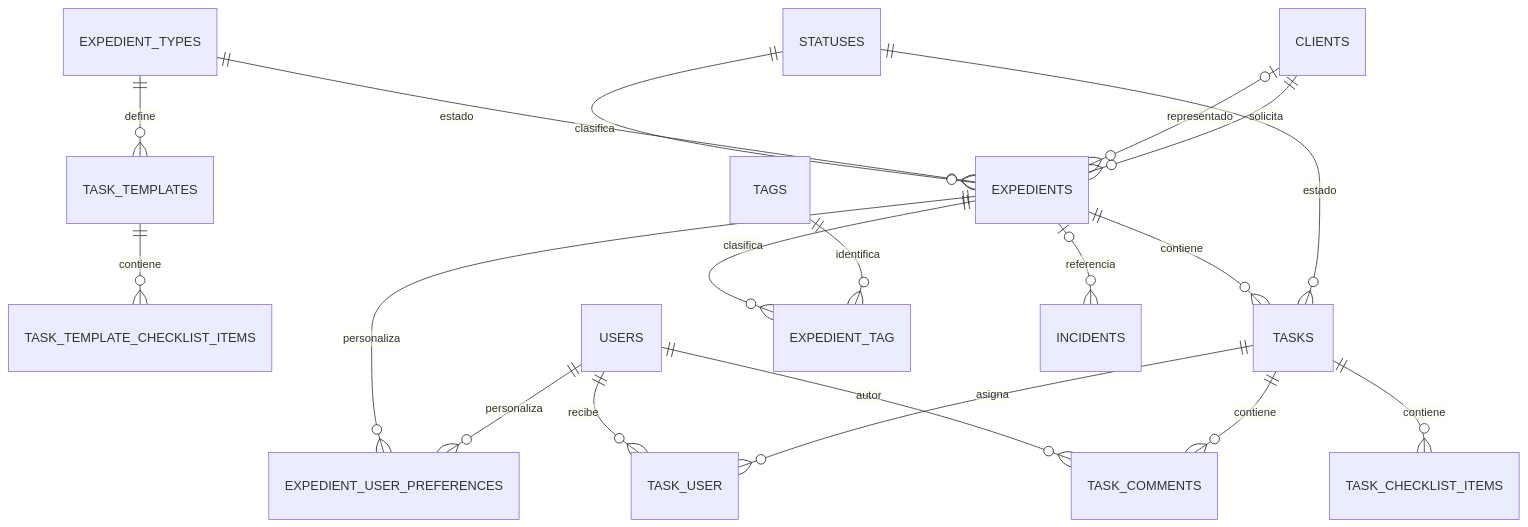
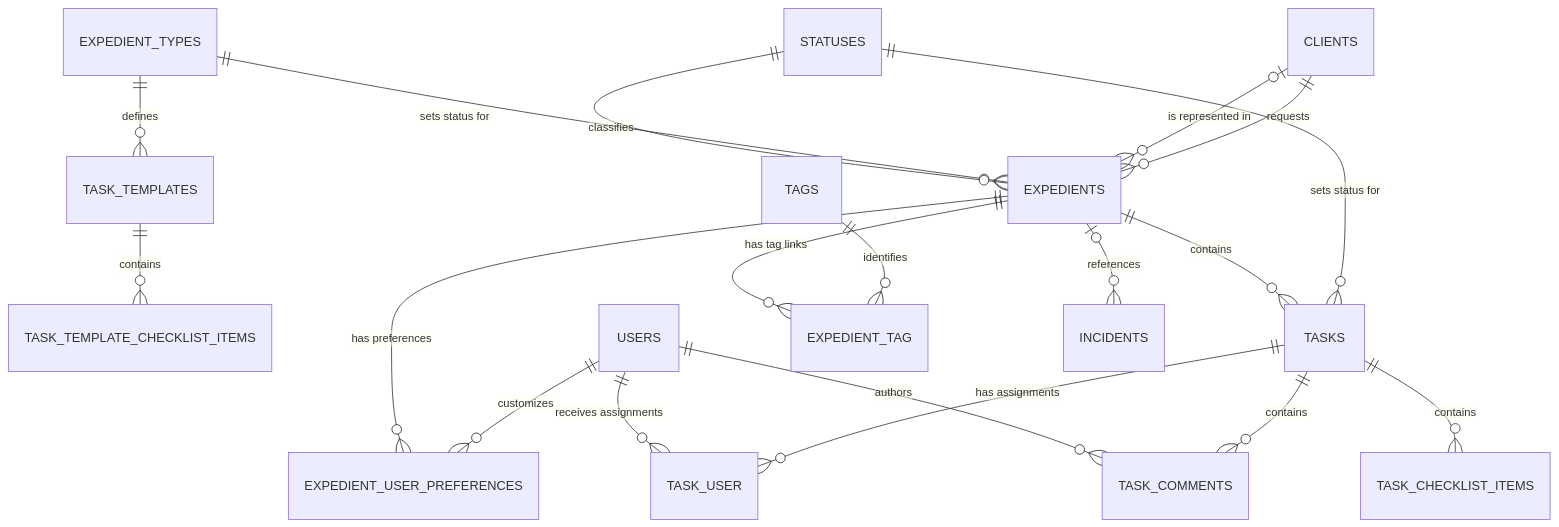
Before and after one commit to alexbonavila/ExpedFlow: the diagram in docs/DATABASE.md, drawn with Mermaid. The commit also changed other lines of this file and 9 other files, not shown here.

````diff
--- a/docs/DATABASE.md
+++ b/docs/DATABASE.md
@@ -33,21 +33,21 @@
 ```mermaid
 erDiagram
-    CLIENTS ||--o{ EXPEDIENTS : solicita
-    CLIENTS o|--o{ EXPEDIENTS : representado
-    EXPEDIENT_TYPES ||--o{ EXPEDIENTS : clasifica
-    EXPEDIENT_TYPES ||--o{ TASK_TEMPLATES : define
-    TASK_TEMPLATES ||--o{ TASK_TEMPLATE_CHECKLIST_ITEMS : contiene
-    STATUSES ||--o{ EXPEDIENTS : estado
-    STATUSES ||--o{ TASKS : estado
-    EXPEDIENTS ||--o{ TASKS : contiene
-    TASKS ||--o{ TASK_USER : asigna
-    USERS ||--o{ TASK_USER : recibe
-    TASKS ||--o{ TASK_COMMENTS : contiene
-    USERS ||--o{ TASK_COMMENTS : autor
-    TASKS ||--o{ TASK_CHECKLIST_ITEMS : contiene
-    USERS ||--o{ EXPEDIENT_USER_PREFERENCES : personaliza
-    EXPEDIENTS ||--o{ EXPEDIENT_USER_PREFERENCES : personaliza
-    TAGS ||--o{ EXPEDIENT_TAG : identifica
-    EXPEDIENTS ||--o{ EXPEDIENT_TAG : clasifica
-    EXPEDIENTS o|--o{ INCIDENTS : referencia
+    CLIENTS ||--o{ EXPEDIENTS : requests
+    CLIENTS o|--o{ EXPEDIENTS : "is represented in"
+    EXPEDIENT_TYPES ||--o{ EXPEDIENTS : classifies
+    EXPEDIENT_TYPES ||--o{ TASK_TEMPLATES : defines
+    TASK_TEMPLATES ||--o{ TASK_TEMPLATE_CHECKLIST_ITEMS : contains
+    STATUSES ||--o{ EXPEDIENTS : "sets status for"
+    STATUSES ||--o{ TASKS : "sets status for"
+    EXPEDIENTS ||--o{ TASKS : contains
+    TASKS ||--o{ TASK_USER : "has assignments"
+    USERS ||--o{ TASK_USER : "receives assignments"
+    TASKS ||--o{ TASK_COMMENTS : contains
+    USERS ||--o{ TASK_COMMENTS : authors
+    TASKS ||--o{ TASK_CHECKLIST_ITEMS : contains
+    USERS ||--o{ EXPEDIENT_USER_PREFERENCES : customizes
+    EXPEDIENTS ||--o{ EXPEDIENT_USER_PREFERENCES : "has preferences"
+    TAGS ||--o{ EXPEDIENT_TAG : identifies
+    EXPEDIENTS ||--o{ EXPEDIENT_TAG : "has tag links"
+    EXPEDIENTS o|--o{ INCIDENTS : references
 ```
````
